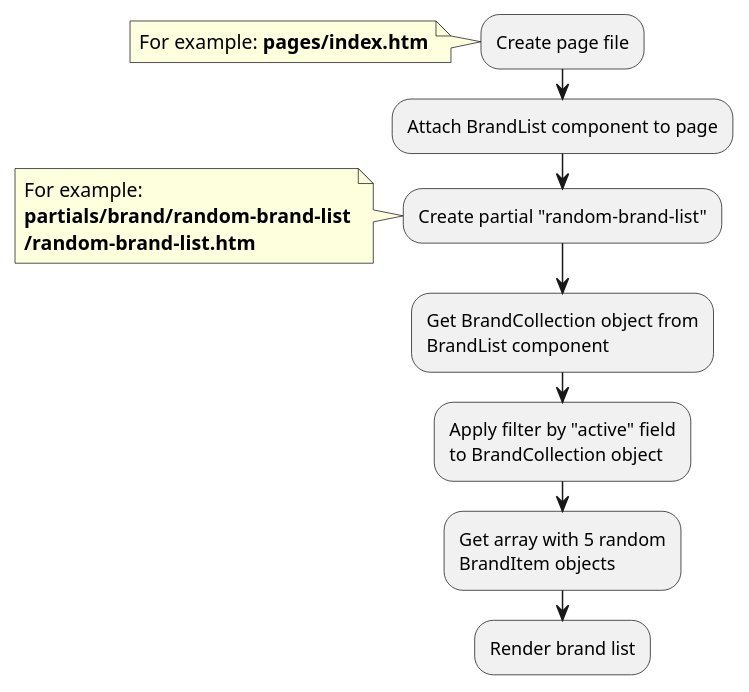
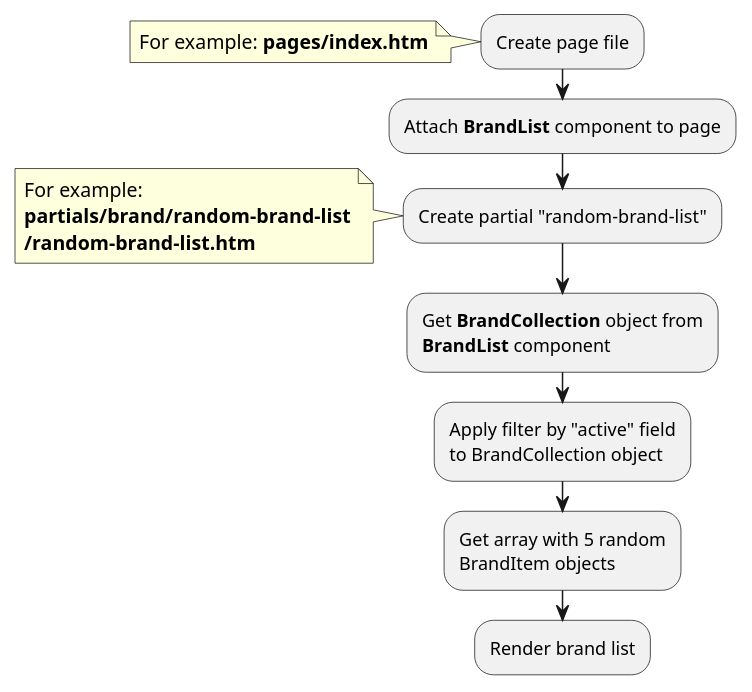
One commit to oc-shopaholic/oc-shopaholic-docs changed the second of 4 diagrams in modules/brand/examples.md. Above: the diagram before and after it, drawn with PlantUML. The commit also changed other lines of this file and 25 other files, not shown here.

````diff
--- a/modules/brand/examples.md
+++ b/modules/brand/examples.md
@@ -67,22 +67,22 @@
 ```plantuml
 @startuml
 :Create page file;
 note left
     For example: **pages/index.htm**
 end note
-:Attach BrandList component to page;
+:Attach **BrandList** component to page;
 :Create partial "random-brand-list";
 note left
     For example:
     **partials/brand/random-brand-list**
     **/random-brand-list.htm**
 end note
-:Get BrandCollection object from
-BrandList component;
+:Get **BrandCollection** object from
+**BrandList** component;
 :Apply filter by "active" field
 to BrandCollection object;
 :Get array with 5 random
 BrandItem objects;
 :Render brand list;
 @enduml
 ```
````
